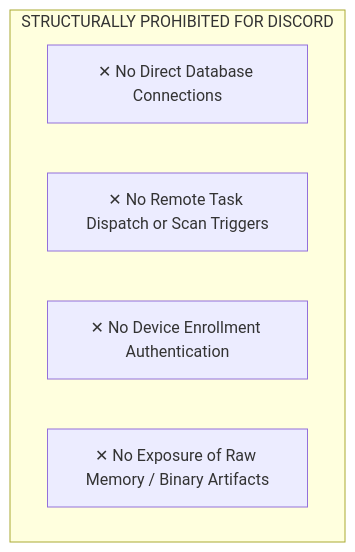
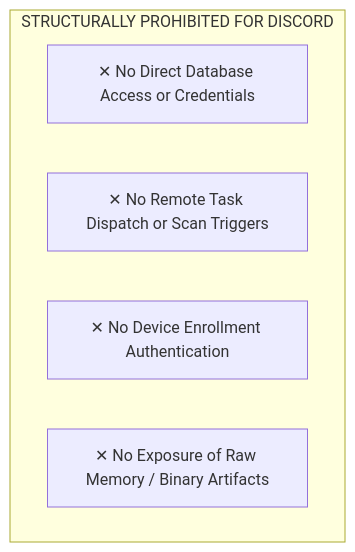
The second of 2 diagrams in docs/DISCORD.md (Subhadip-Paul2006/NETRA-Backend), drawn with Mermaid before and after one commit. The commit also changed other lines of this file and 15 other files, not shown here.

Commit message:
docs: establish authoritative open-source academic architecture & technical specification suite

````diff
--- a/docs/DISCORD.md
+++ b/docs/DISCORD.md
@@ -85,9 +84,9 @@
 ```mermaid
 flowchart TD
     subgraph ProhibitedDiscordActions["STRUCTURALLY PROHIBITED FOR DISCORD"]
-        D1["✕ No Direct Database Connections"]
+        D1["✕ No Direct Database Access or Credentials"]
         D2["✕ No Remote Task Dispatch or Scan Triggers"]
         D3["✕ No Device Enrollment Authentication"]
         D4["✕ No Exposure of Raw Memory / Binary Artifacts"]
     end
 ```
````
